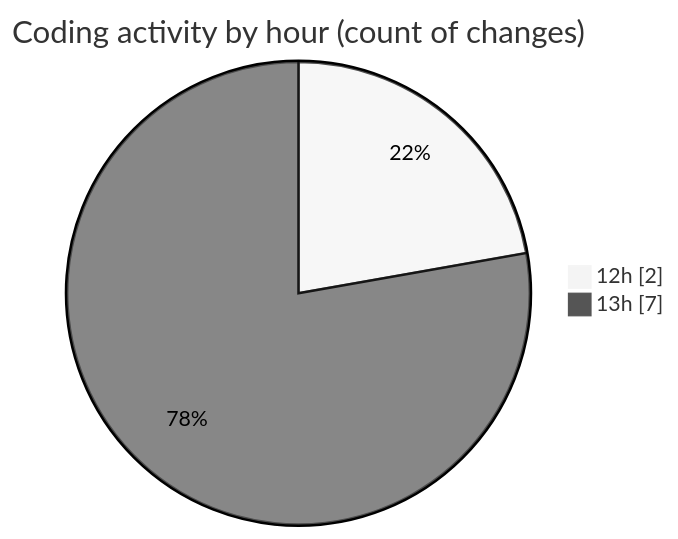
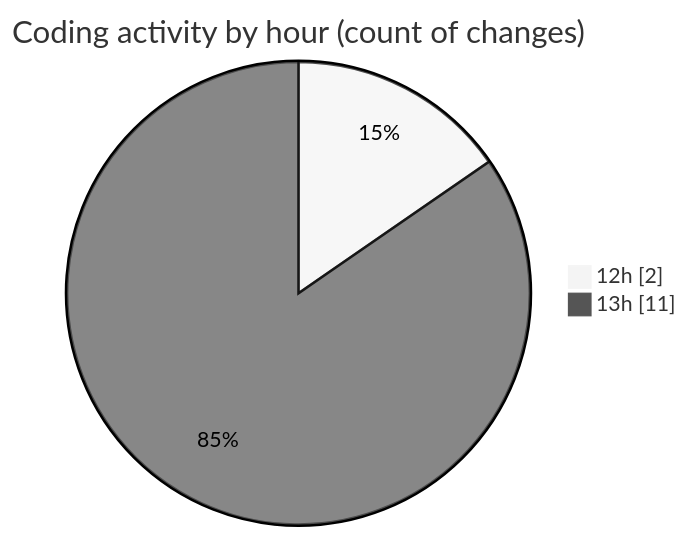
Before and after one commit to charlie-sans/code-tracking: the second of 2 diagrams in 2025-05-03/uhigh-lang/README.md, drawn with Mermaid (neutral theme). The commit also changed other lines of this file and 1 other file, not shown here.

````diff
--- a/2025-05-03/uhigh-lang/README.md
+++ b/2025-05-03/uhigh-lang/README.md
@@ -30,6 +30,6 @@
 ```mermaid
 pie showData
 title Coding activity by hour (count of changes)
 "12h" : 2
-"13h" : 7
+"13h" : 11
 ```
````
